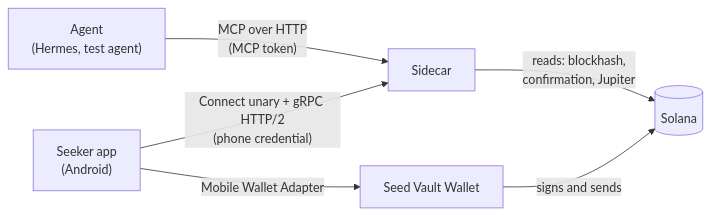
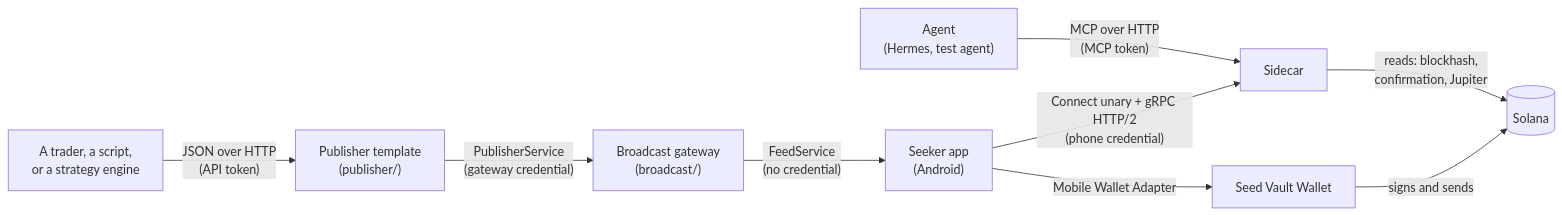
One commit to SeekerAgentConnect/sac changed the first of 10 diagrams in docs/architecture.md. Above: the diagram before and after it, drawn with Mermaid. The commit also changed other lines of this file and 61 other files, not shown here.

````diff
--- a/docs/architecture.md
+++ b/docs/architecture.md
@@ -7,8 +7,11 @@
 ```mermaid
 flowchart LR
     Agent["Agent<br>(Hermes, test agent)"] -- "MCP over HTTP<br>(MCP token)" --> Sidecar
     Phone["Seeker app<br>(Android)"] -- "Connect unary + gRPC HTTP/2<br>(phone credential)" --> Sidecar
     Phone -- "Mobile Wallet Adapter" --> Wallet["Seed Vault Wallet"]
     Wallet -- "signs and sends" --> Solana[("Solana")]
     Sidecar -- "reads: blockhash,<br>confirmation, Jupiter" --> Solana
+    Publisher["Publisher template<br>(publisher/)"] -- "PublisherService<br>(gateway credential)" --> Broadcast
+    Broadcast["Broadcast gateway<br>(broadcast/)"] -- "FeedService<br>(no credential)" --> Phone
+    Strategy["A trader, a script,<br>or a strategy engine"] -- "JSON over HTTP<br>(API token)" --> Publisher
 ```
````
